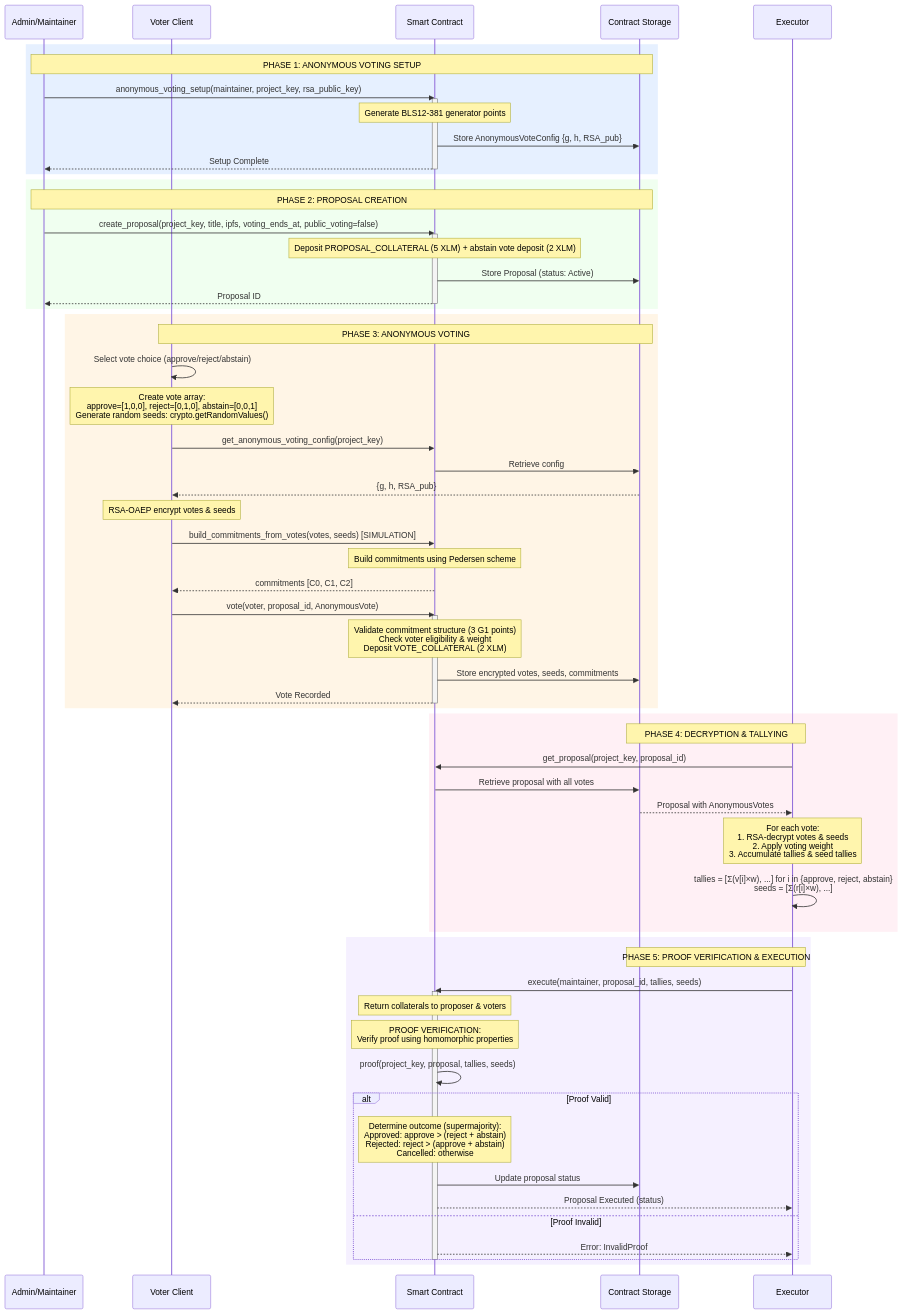
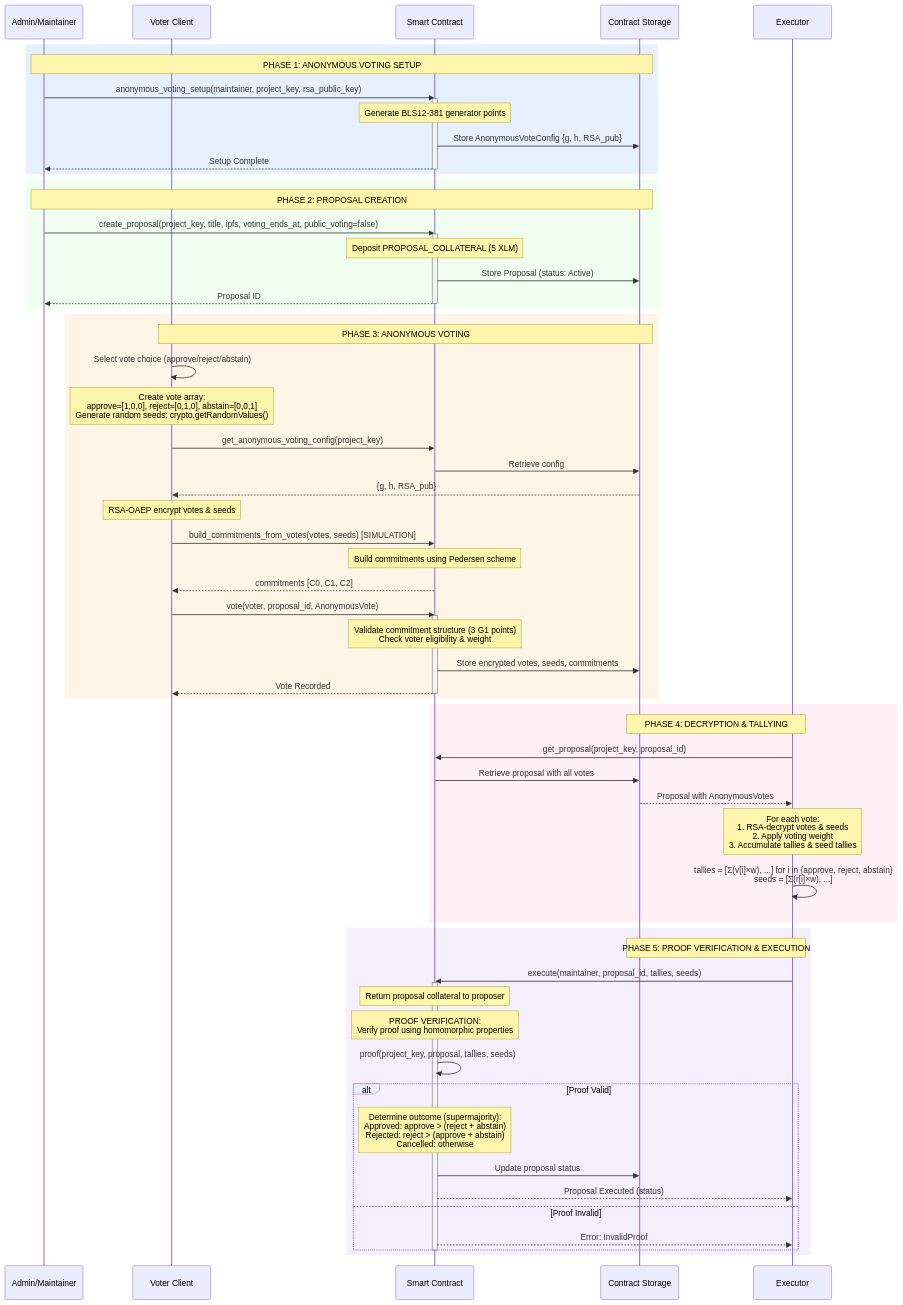
The third of 6 diagrams in website/docs/developers/user_flows.mdx (Consulting-Manao/tansu), drawn with Mermaid before and after one commit. The commit also changed other lines of this file and 26 other files, not shown here.

```diff
--- a/website/docs/developers/user_flows.mdx
+++ b/website/docs/developers/user_flows.mdx
@@ -139,7 +139,7 @@
 
     Admin->>Contract: create_proposal(project_key, title, ipfs, voting_ends_at, public_voting=false)
     activate Contract
-    Note over Contract: Deposit PROPOSAL_COLLATERAL (5 XLM) + abstain vote deposit (2 XLM)
+    Note over Contract: Deposit PROPOSAL_COLLATERAL (5 XLM)
     Contract->>Storage: Store Proposal (status: Active)
     Contract-->>Admin: Proposal ID
     deactivate Contract
@@ -162,7 +162,7 @@
 
     Voter->>Contract: vote(voter, proposal_id, AnonymousVote)
     activate Contract
-    Note over Contract: Validate commitment structure (3 G1 points)<br/>Check voter eligibility & weight<br/>Deposit VOTE_COLLATERAL (2 XLM)
+    Note over Contract: Validate commitment structure (3 G1 points)<br/>Check voter eligibility & weight
     Contract->>Storage: Store encrypted votes, seeds, commitments
     Contract-->>Voter: Vote Recorded
     deactivate Contract
@@ -184,7 +184,7 @@
 
     Executor->>Contract: execute(maintainer, proposal_id, tallies, seeds)
     activate Contract
-    Note over Contract: Return collaterals to proposer & voters
+    Note over Contract: Return proposal collateral to proposer
 
     Note over Contract: PROOF VERIFICATION:<br/>Verify proof using homomorphic properties
 
```
